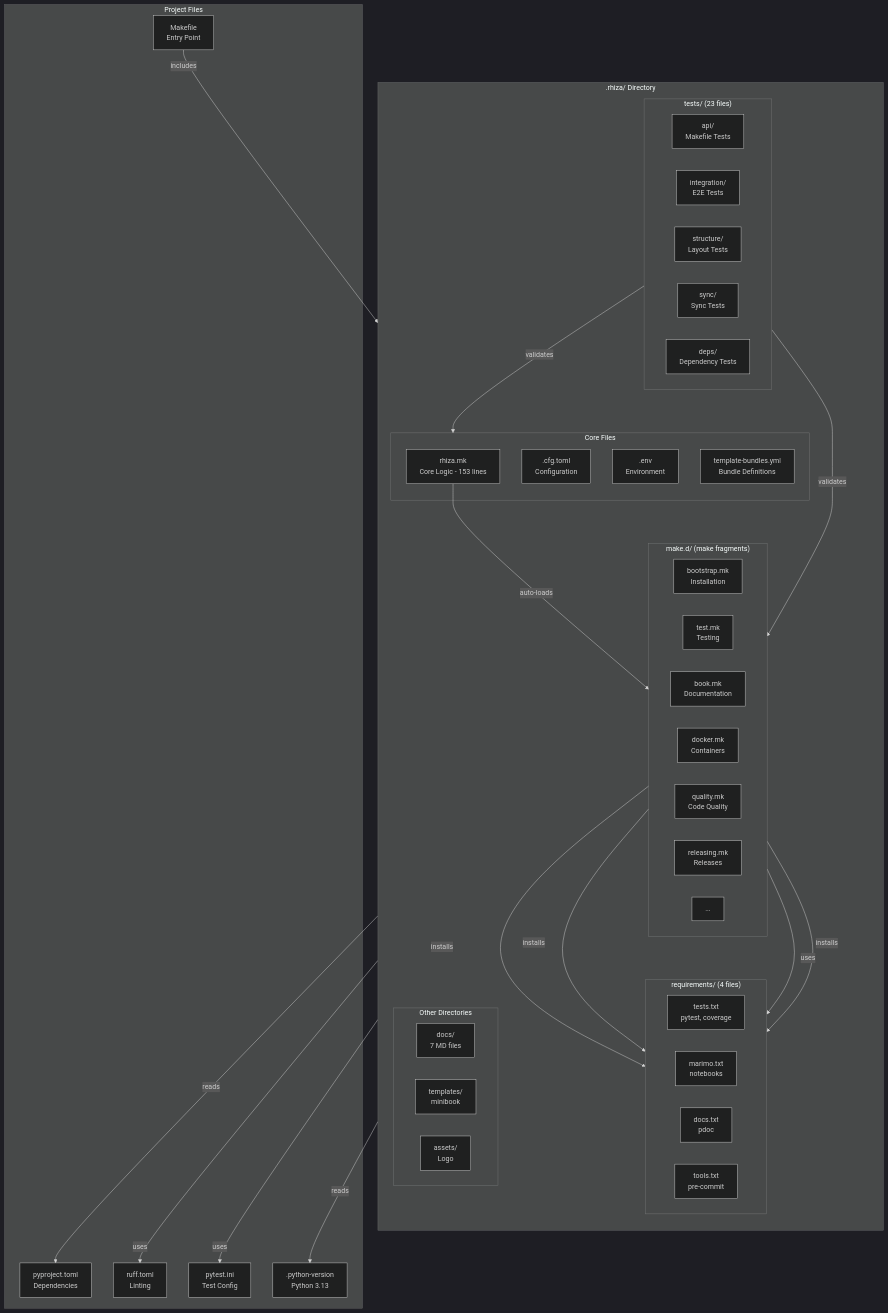
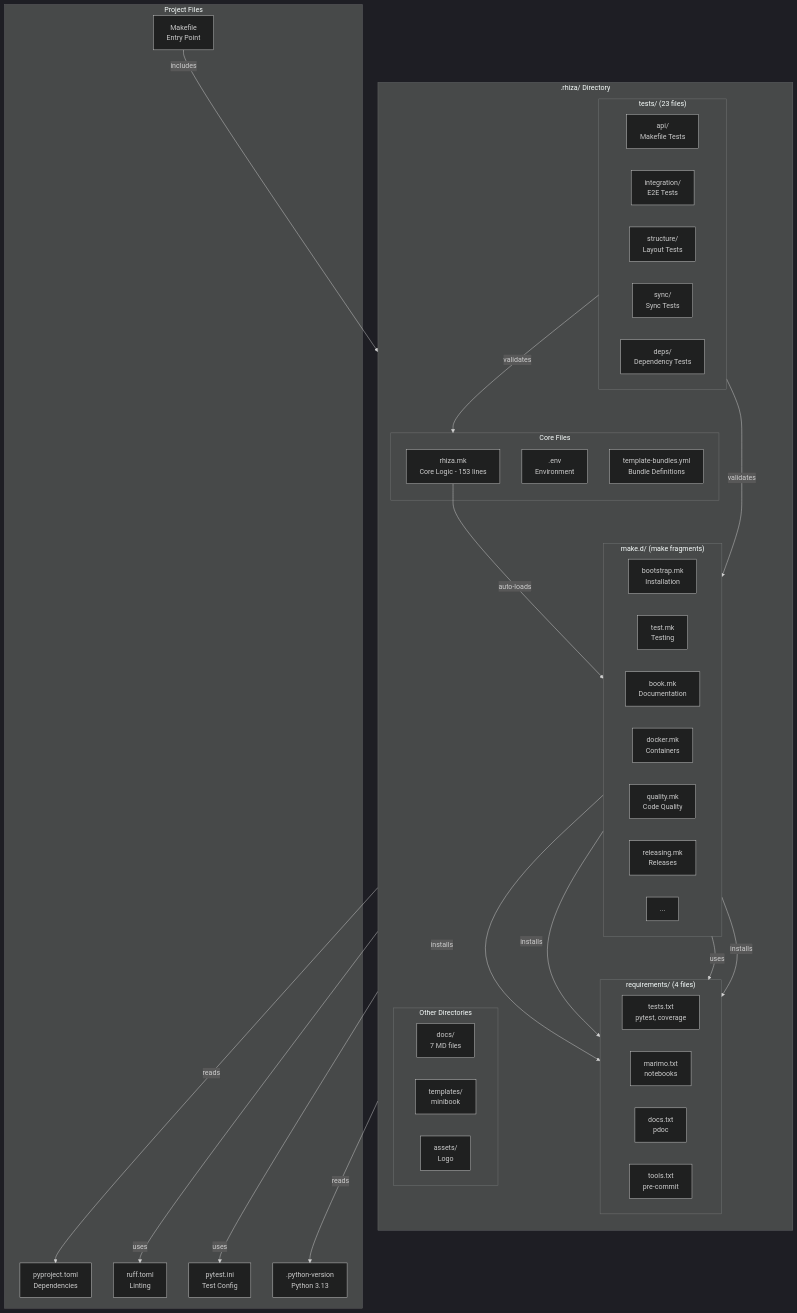
The seventh of 9 diagrams in docs/reference/ARCHITECTURE.md (Jebel-Quant/rhiza), drawn with Mermaid (dark theme) before and after one commit. The commit also changed 21 other files, not shown here.

````diff
--- a/docs/reference/ARCHITECTURE.md
+++ b/docs/reference/ARCHITECTURE.md
@@ -212,69 +212,68 @@
 ```mermaid
 flowchart TB
     subgraph rhiza[".rhiza/ Directory"]
         direction TB
         
         subgraph core["Core Files"]
             rhizamk[rhiza.mk<br/>Core Logic - 153 lines]
-            cfg[.cfg.toml<br/>Configuration]
             env[.env<br/>Environment]
             bundles[template-bundles.yml<br/>Bundle Definitions]
         end
         
         subgraph maked["make.d/ (make fragments)"]
             direction LR
             bootstrap[bootstrap.mk<br/>Installation]
             test[test.mk<br/>Testing]
             book_mk[book.mk<br/>Documentation]
             docker_mk[docker.mk<br/>Containers]
             quality[quality.mk<br/>Code Quality]
             releasing[releasing.mk<br/>Releases]
             more[...]
         end
         
         subgraph requirements["requirements/ (4 files)"]
             direction LR
             tests_txt[tests.txt<br/>pytest, coverage]
             marimo_txt[marimo.txt<br/>notebooks]
             docs_txt[docs.txt<br/>pdoc]
             tools_txt[tools.txt<br/>pre-commit]
         end
         
         subgraph tests_dir["tests/ (23 files)"]
             direction LR
             api[api/<br/>Makefile Tests]
             integration[integration/<br/>E2E Tests]
             structure[structure/<br/>Layout Tests]
             sync[sync/<br/>Sync Tests]
             deps[deps/<br/>Dependency Tests]
         end
         
         subgraph other["Other Directories"]
             direction LR
             docs_dir[docs/<br/>7 MD files]
             templates_dir[templates/<br/>minibook]
             assets_dir[assets/<br/>Logo]
         end
     end
     
     subgraph project["Project Files"]
         Makefile[Makefile<br/>Entry Point]
         pyproject[pyproject.toml<br/>Dependencies]
         ruff_toml[ruff.toml<br/>Linting]
         pytest_ini[pytest.ini<br/>Test Config]
         python_version[.python-version<br/>Python 3.13]
     end
     
     Makefile -->|includes| rhizamk
     rhizamk -->|auto-loads| maked
     maked -->|reads| pyproject
     maked -->|reads| python_version
     test -->|uses| pytest_ini
     test -->|installs| tests_txt
     book_mk -->|installs| docs_txt
     book_mk -->|uses| marimo_txt
     quality -->|uses| ruff_toml
     bootstrap -->|installs| tools_txt
     tests_dir -->|validates| core
     tests_dir -->|validates| maked
 ```
````
